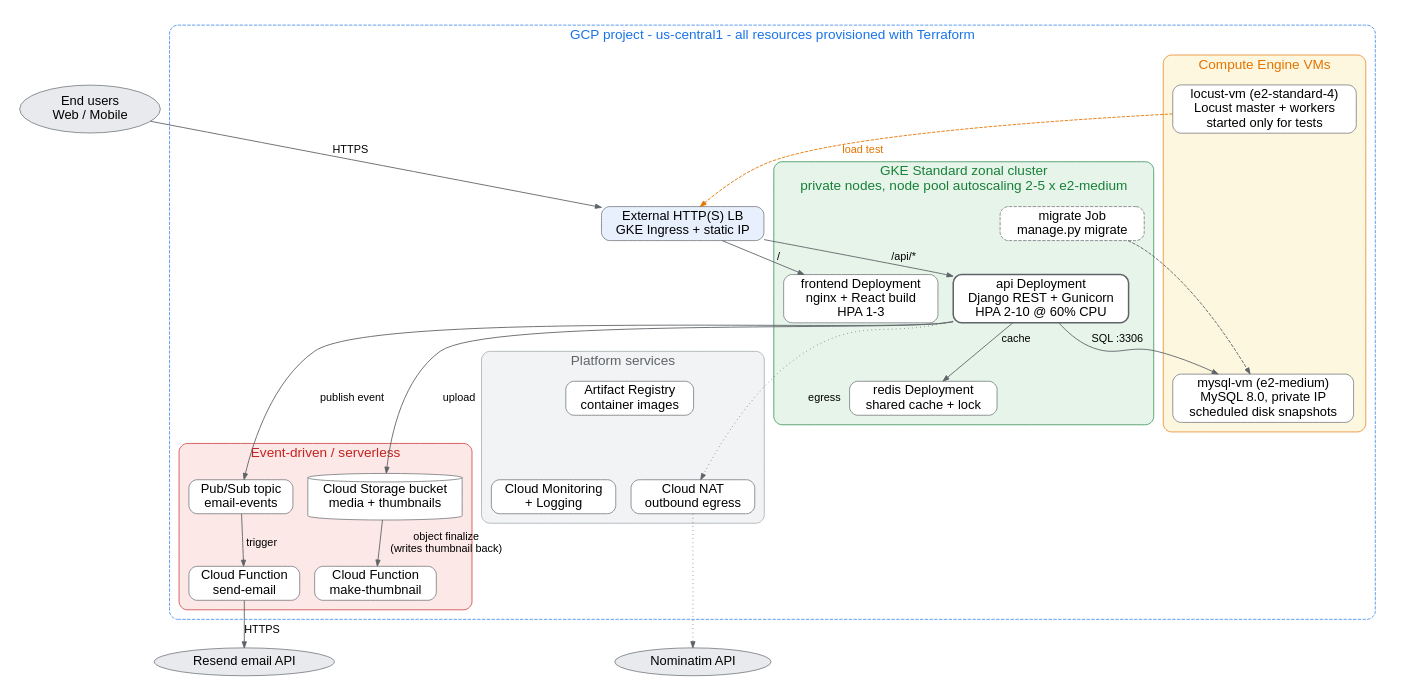
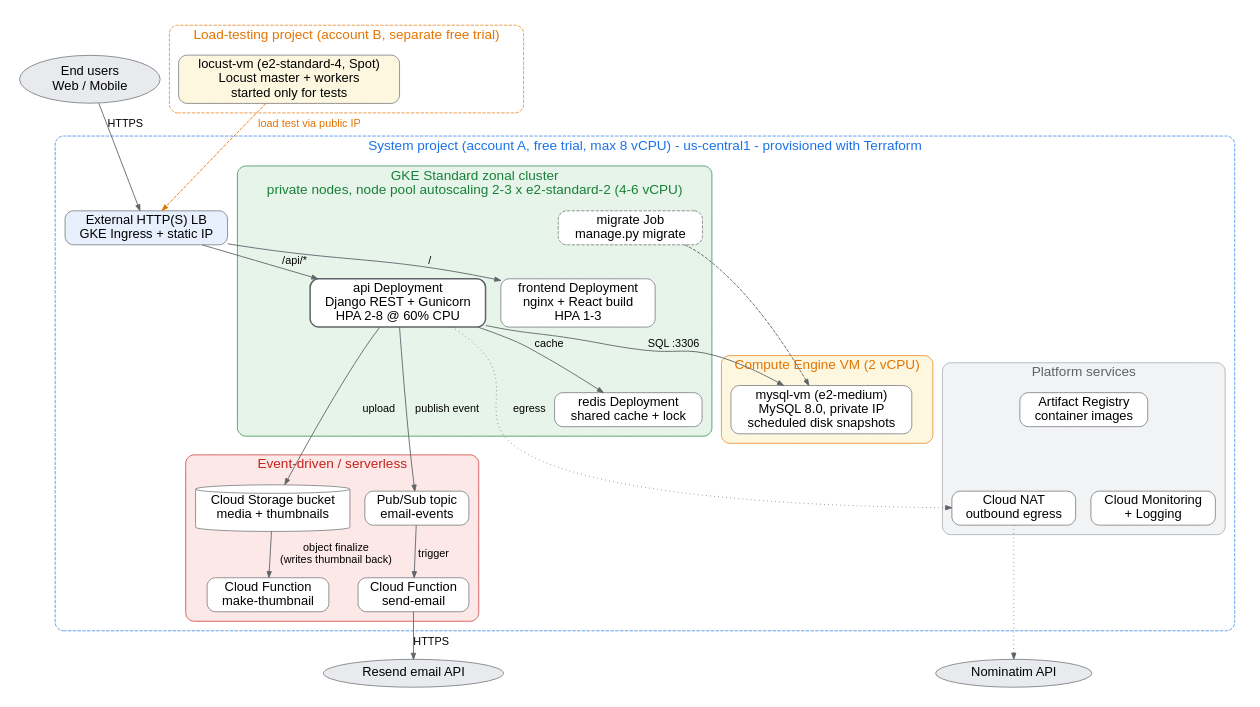
One commit to AysuKeskin/storymap-cloud-native changed the diagram in docs/phase1/architecture.dot. Above: the diagram before and after it, drawn with Graphviz. The commit also changed 5 other files, not shown here.

First line of the commit message:
Phase 1 report: fit design to free-trial vCPU and time limits

```diff
--- a/docs/phase1/architecture.dot
+++ b/docs/phase1/architecture.dot
@@ -1,78 +1,83 @@
 digraph storymap_gcp {
   graph [rankdir=TB, fontname="Helvetica", fontsize=20, splines=true, nodesep=0.3, ranksep=0.45, pad=0.3, newrank=true, compound=true];
   node  [shape=box, style="rounded,filled", fontname="Helvetica", fontsize=19, fillcolor="#ffffff", color="#5f6368", margin="0.15,0.06"];
   edge  [fontname="Helvetica", fontsize=16, color="#5f6368", arrowsize=0.9, penwidth=1.3];
 
   // ---------- clients ----------
   users  [label="End users\nWeb / Mobile", shape=ellipse, fillcolor="#e8eaed", ];
 
   subgraph cluster_gcp {
-    label="GCP project - us-central1 - all resources provisioned with Terraform";
+    label="System project (account A, free trial, max 8 vCPU) - us-central1 - provisioned with Terraform";
     style="rounded,dashed"; color="#1a73e8"; fontcolor="#1a73e8"; margin=14;
 
     lb [label="External HTTP(S) LB\nGKE Ingress + static IP", fillcolor="#e8f0fe"];
 
     subgraph cluster_gke {
-      label="GKE Standard zonal cluster\nprivate nodes, node pool autoscaling 2-5 x e2-medium";
+      label="GKE Standard zonal cluster\nprivate nodes, node pool autoscaling 2-3 x e2-standard-2 (4-6 vCPU)";
       style="rounded,filled"; fillcolor="#e6f4ea"; color="#188038"; fontcolor="#188038";
       frontend [label="frontend Deployment\nnginx + React build\nHPA 1-3"];
-      api      [label="api Deployment\nDjango REST + Gunicorn\nHPA 2-10 @ 60% CPU", penwidth=2.2];
+      api      [label="api Deployment\nDjango REST + Gunicorn\nHPA 2-8 @ 60% CPU", penwidth=2.2];
       redis    [label="redis Deployment\nshared cache + lock"];
       migrate  [label="migrate Job\nmanage.py migrate", style="rounded,dashed,filled"];
     }
 
     subgraph cluster_vms {
-      label="Compute Engine VMs";
+      label="Compute Engine VM (2 vCPU)";
       style="rounded,filled"; fillcolor="#fef7e0"; color="#e37400"; fontcolor="#e37400";
       mysql  [label="mysql-vm (e2-medium)\nMySQL 8.0, private IP\nscheduled disk snapshots"];
-      locust [label="locust-vm (e2-standard-4)\nLocust master + workers\nstarted only for tests"];
     }
 
     subgraph cluster_serverless {
       label="Event-driven / serverless";
       style="rounded,filled"; fillcolor="#fce8e6"; color="#c5221f"; fontcolor="#c5221f";
       gcs      [label="Cloud Storage bucket\nmedia + thumbnails", shape=cylinder, fillcolor="#ffffff"];
       fn_thumb [label="Cloud Function\nmake-thumbnail"];
       pubsub   [label="Pub/Sub topic\nemail-events"];
       fn_email [label="Cloud Function\nsend-email"];
     }
 
     subgraph cluster_ops {
       label="Platform services";
       style="rounded,filled"; fillcolor="#f1f3f4"; color="#9aa0a6"; fontcolor="#5f6368";
       ar  [label="Artifact Registry\ncontainer images"];
       nat [label="Cloud NAT\noutbound egress"];
       mon [label="Cloud Monitoring\n+ Logging"];
     }
   }
 
+  subgraph cluster_loadtest {
+    label="Load-testing project (account B, separate free trial)";
+    style="rounded,dashed"; color="#e37400"; fontcolor="#e37400"; margin=14;
+    locust [label="locust-vm (e2-standard-4, Spot)\nLocust master + workers\nstarted only for tests", fillcolor="#fef7e0"];
+  }
+
   nominatim [label="Nominatim API", shape=ellipse, fillcolor="#e8eaed", ];
   resend    [label="Resend email API", shape=ellipse, fillcolor="#e8eaed", ];
 
   // ---------- ranks (left -> right) ----------
   { rank=same; users; locust; }
   { rank=same; lb; migrate; }
   { rank=same; frontend; api; }
   { rank=same; redis; mysql; ar; }
   { rank=same; gcs; pubsub; nat; mon; }
   { rank=same; fn_thumb; fn_email; }
   { rank=same; nominatim; resend; }
 
   // ---------- flows ----------
   users  -> lb [label="HTTPS"];
-  locust -> lb [label="load test", style=dashed, color="#e37400", fontcolor="#e37400"];
+  locust -> lb [label="load test via public IP", style=dashed, color="#e37400", fontcolor="#e37400"];
   lb -> frontend [label="/"];
   lb -> api [label="/api/*"];
   api -> redis [label="cache"];
   api -> mysql [label="SQL :3306"];
   migrate -> mysql [style=dashed];
   api -> gcs [label="upload"];
   api -> pubsub [label="publish event"];
   gcs -> fn_thumb [label="object finalize\n(writes thumbnail back)"];
   pubsub -> fn_email [label="trigger"];
   fn_email -> resend [label="HTTPS"];
   api -> nat [label="egress", style=dotted];
   nat -> nominatim [style=dotted];
   ar -> mon [style=invis];
   redis -> ar [style=invis];
 }
```
